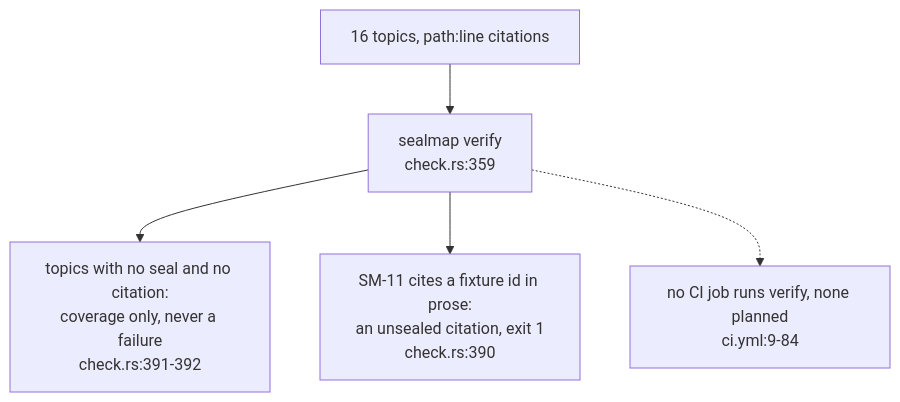
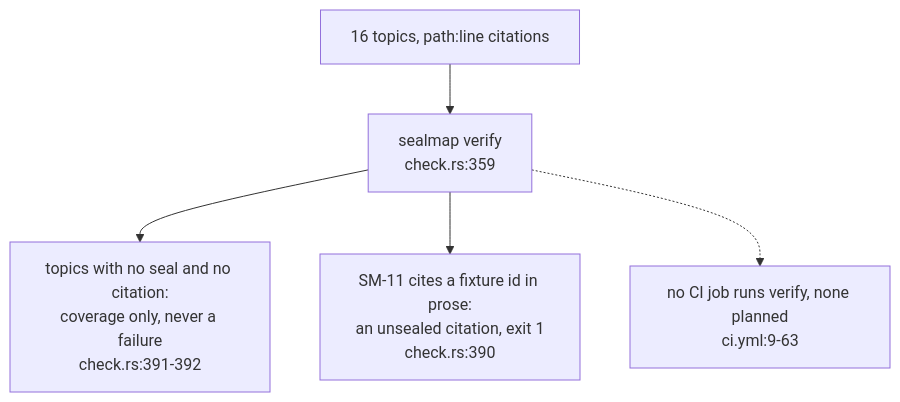
Before and after one commit to DreamLab-AI/VisionFlow: the sixth of 6 diagrams in docs/diagrams/sealmap/20-design-versus-code.md, drawn with Mermaid. The commit also changed other lines of this file and 59 other files, not shown here.

First line of the commit message:
docs(diagrams): re-derive and re-stamp forum, website, pod, ontomark and sealmap topics

````diff
--- a/docs/diagrams/sealmap/20-design-versus-code.md
+++ b/docs/diagrams/sealmap/20-design-versus-code.md
@@ -255,12 +260,12 @@
 ```mermaid
 flowchart TB
     T["16 topics, path:line citations"]
     V["sealmap verify<br/>check.rs:359"]
     C["topics with no seal and no citation:<br/>coverage only, never a failure<br/>check.rs:391-392"]
     M["SM-11 cites a fixture id in prose:<br/>an unsealed citation, exit 1<br/>check.rs:390"]
-    CI["no CI job runs verify, none planned<br/>ci.yml:9-84"]
+    CI["no CI job runs verify, none planned<br/>ci.yml:9-63"]
     T --> V
     V --> C
     V --> M
     V -.-> CI
 ```
````
